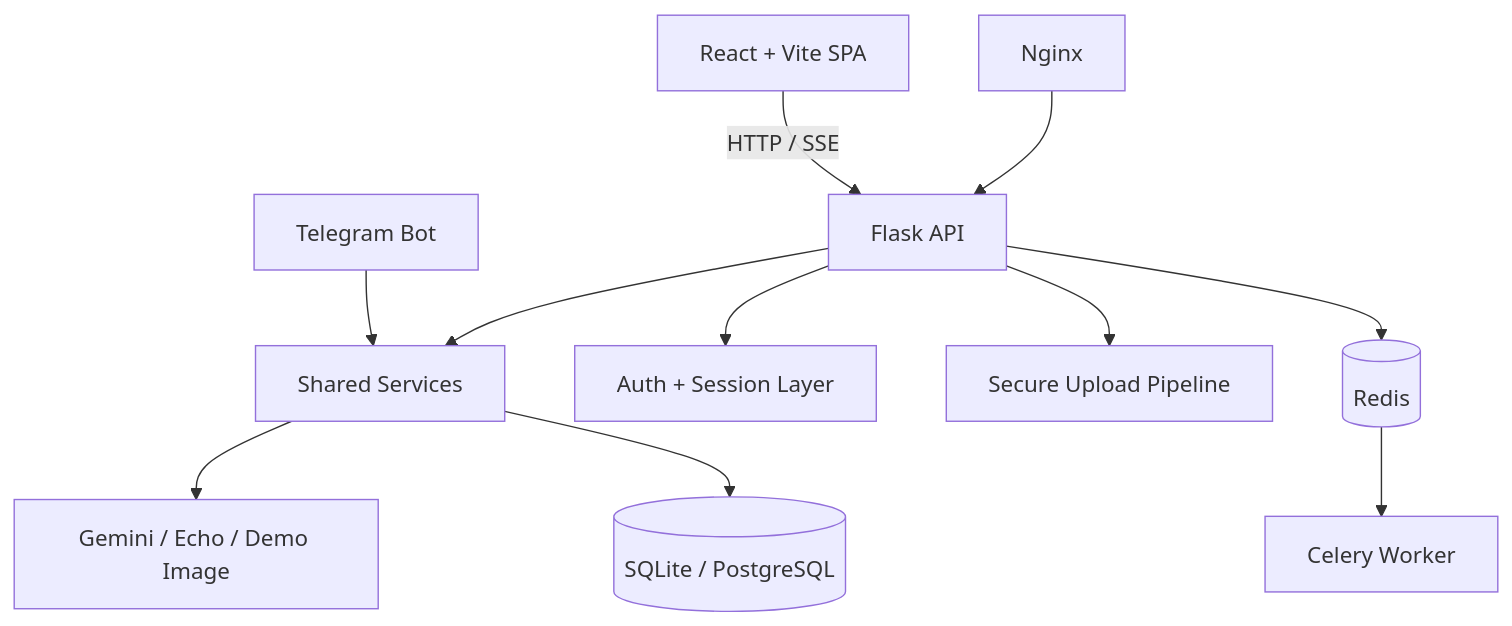
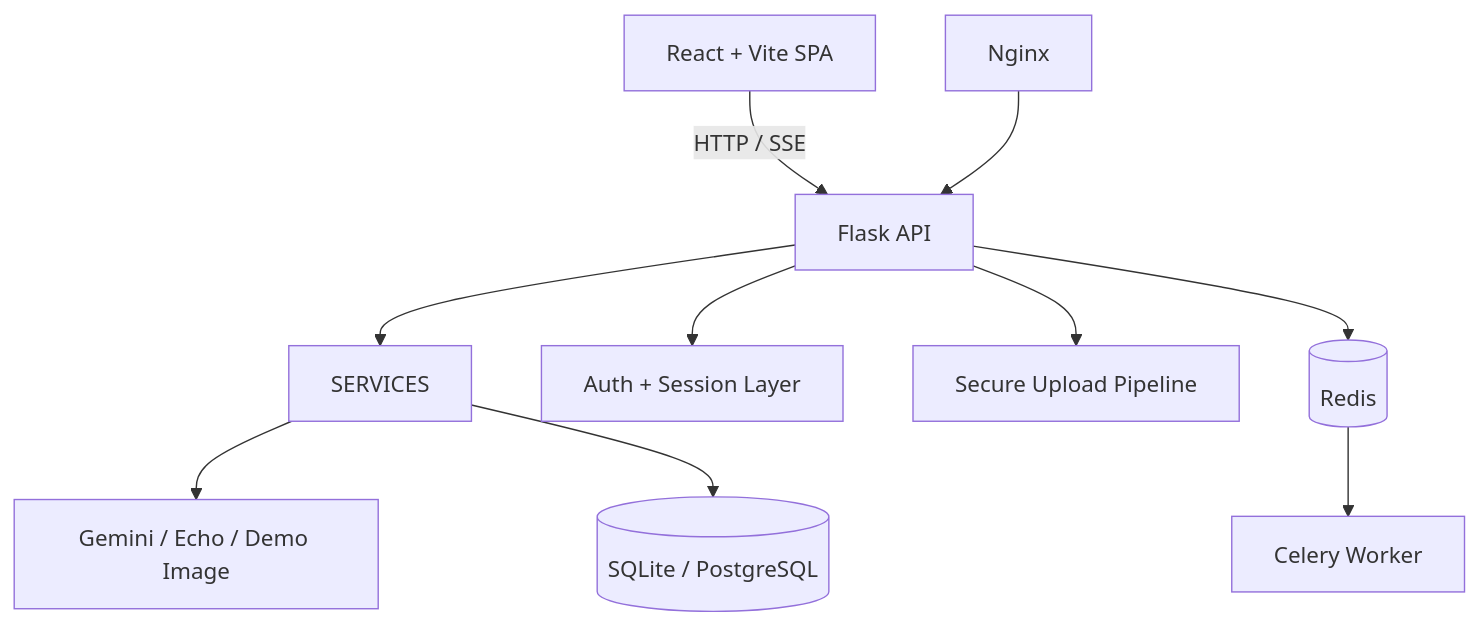
Before and after one commit to ReNothingg/ReMind: the diagram in README.md, drawn with Mermaid. The commit also changed other lines of this file and 30 other files, not shown here.

First line of the commit message:
Refactor Telegram Bot: Remove Bot Integration and Related Code

````diff
--- a/README.md
+++ b/README.md
@@ -213,13 +204,12 @@
 ```mermaid
 graph TD
   UI[React + Vite SPA] -->|HTTP / SSE| API[Flask API]
-  TG[Telegram Bot] --> SERVICES[Shared Services]
   API --> SERVICES
   API --> AUTH[Auth + Session Layer]
   API --> FILES[Secure Upload Pipeline]
   SERVICES --> AI[Gemini / Echo / Demo Image]
   SERVICES --> DB[(SQLite / PostgreSQL)]
   API --> REDIS[(Redis)]
   REDIS --> CELERY[Celery Worker]
   NGINX[Nginx] --> API
 ```
````
